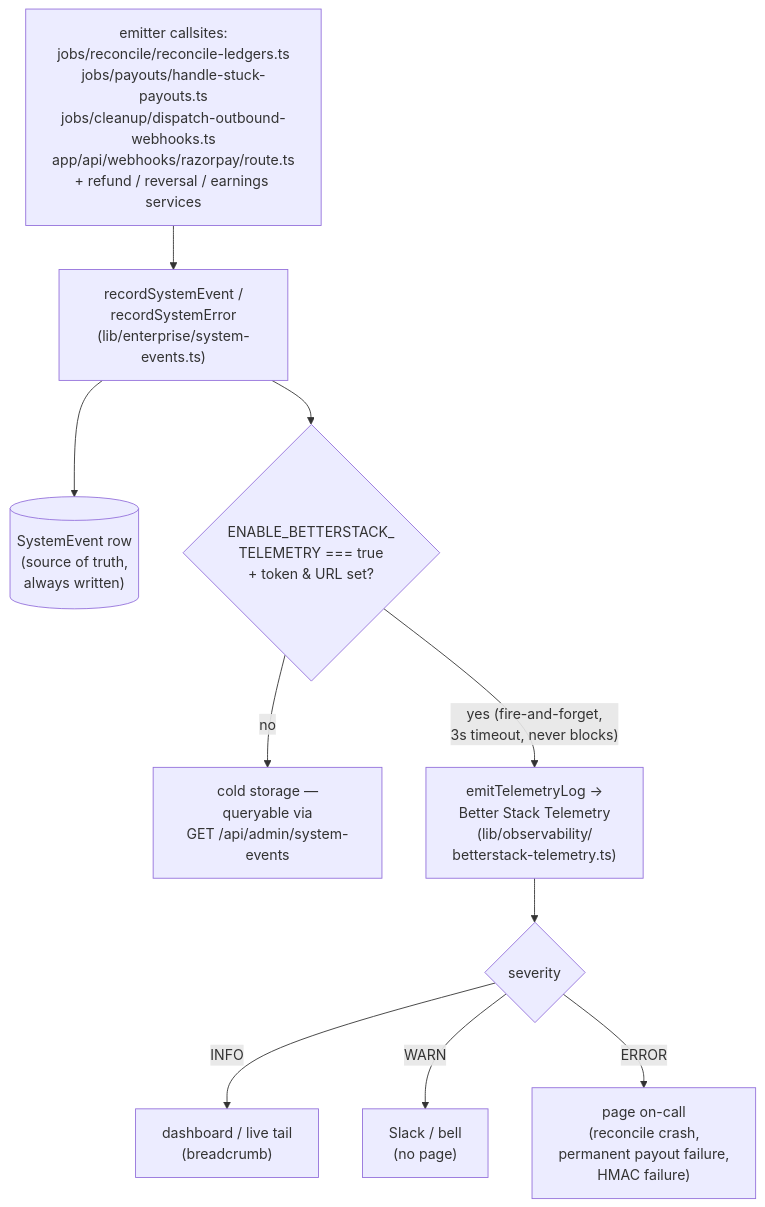
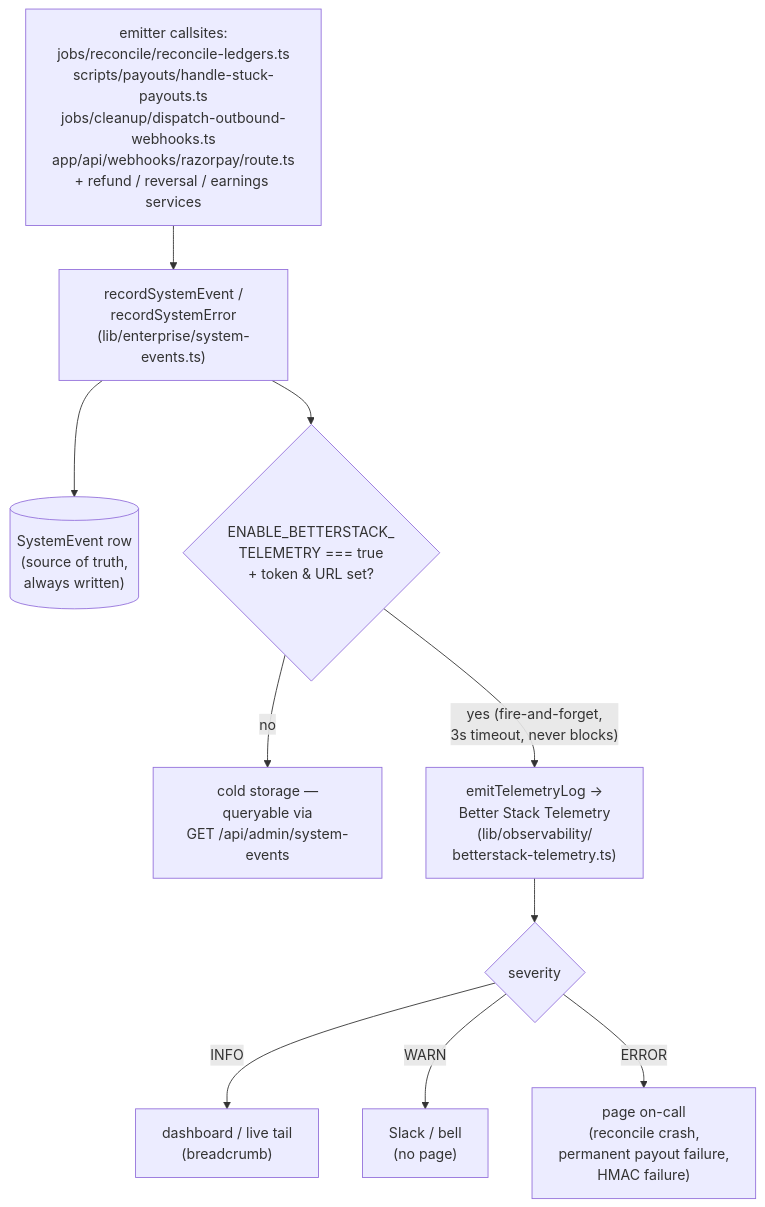
Before and after one commit to Practitionist/familiarise_web: the diagram in docs/enterprise/50-operations/03-monitoring.md, drawn with Mermaid. The commit also changed other lines of this file and 11 other files, not shown here.

````diff
--- a/docs/enterprise/50-operations/03-monitoring.md
+++ b/docs/enterprise/50-operations/03-monitoring.md
@@ -279,13 +279,13 @@
 ```mermaid
 flowchart TD
-  CS["emitter callsites:<br/>jobs/reconcile/reconcile-ledgers.ts<br/>jobs/payouts/handle-stuck-payouts.ts<br/>jobs/cleanup/dispatch-outbound-webhooks.ts<br/>app/api/webhooks/razorpay/route.ts<br/>+ refund / reversal / earnings services"]
+  CS["emitter callsites:<br/>jobs/reconcile/reconcile-ledgers.ts<br/>scripts/payouts/handle-stuck-payouts.ts<br/>jobs/cleanup/dispatch-outbound-webhooks.ts<br/>app/api/webhooks/razorpay/route.ts<br/>+ refund / reversal / earnings services"]
   CS --> REC["recordSystemEvent /<br/>recordSystemError<br/>(lib/enterprise/system-events.ts)"]
   REC --> DB[("SystemEvent row<br/>(source of truth,<br/>always written)")]
   REC --> GATE{ENABLE_BETTERSTACK_<br/>TELEMETRY === true<br/>+ token & URL set?}
   GATE -->|"no"| COLD["cold storage —<br/>queryable via<br/>GET /api/admin/system-events"]
   GATE -->|"yes (fire-and-forget,<br/>3s timeout, never blocks)"| BS["emitTelemetryLog →<br/>Better Stack Telemetry<br/>(lib/observability/<br/>betterstack-telemetry.ts)"]
   BS --> SEV{severity}
   SEV -->|"INFO"| DASH["dashboard / live tail<br/>(breadcrumb)"]
   SEV -->|"WARN"| BELL["Slack / bell<br/>(no page)"]
   SEV -->|"ERROR"| ONCALL["page on-call<br/>(reconcile crash,<br/>permanent payout failure,<br/>HMAC failure)"]
 ```
````
